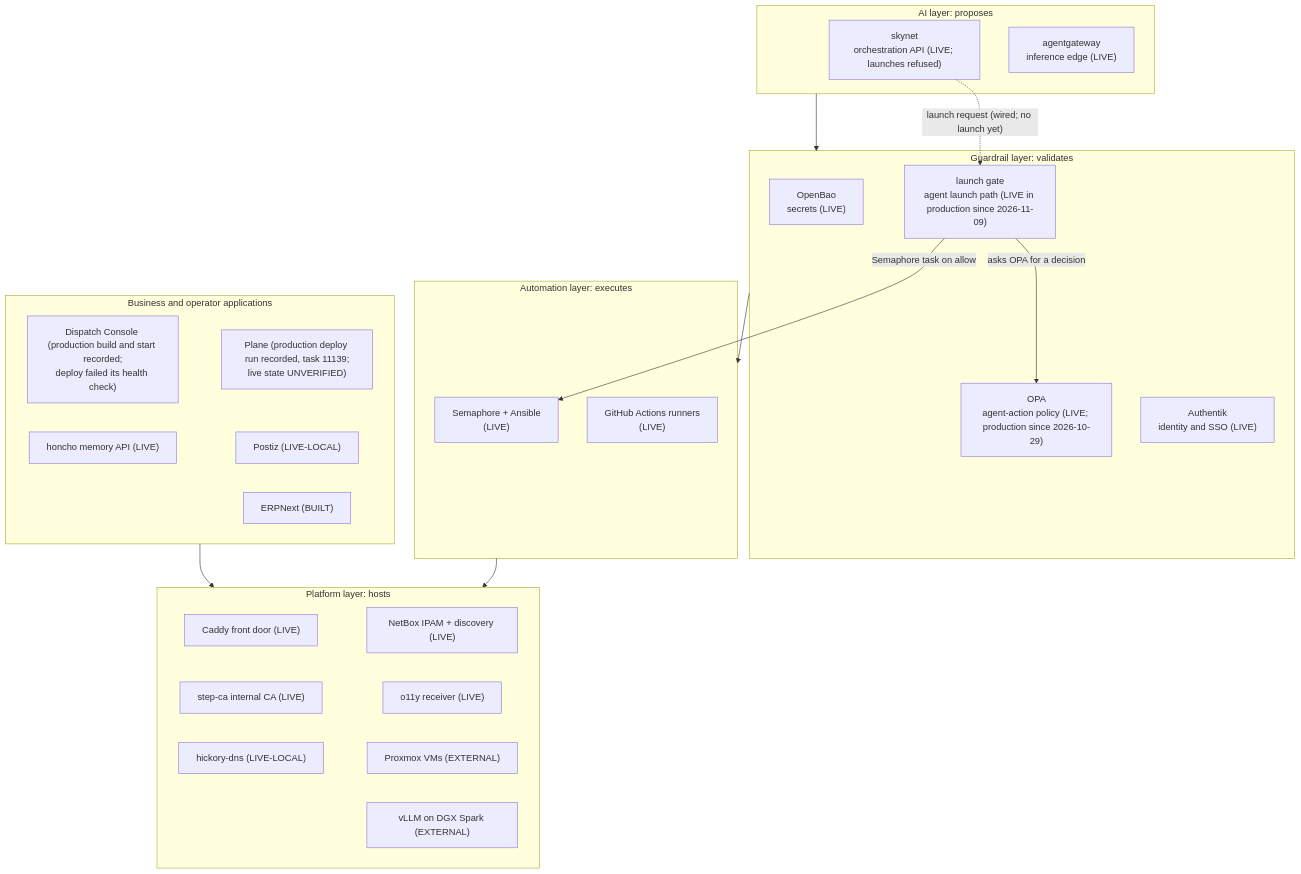
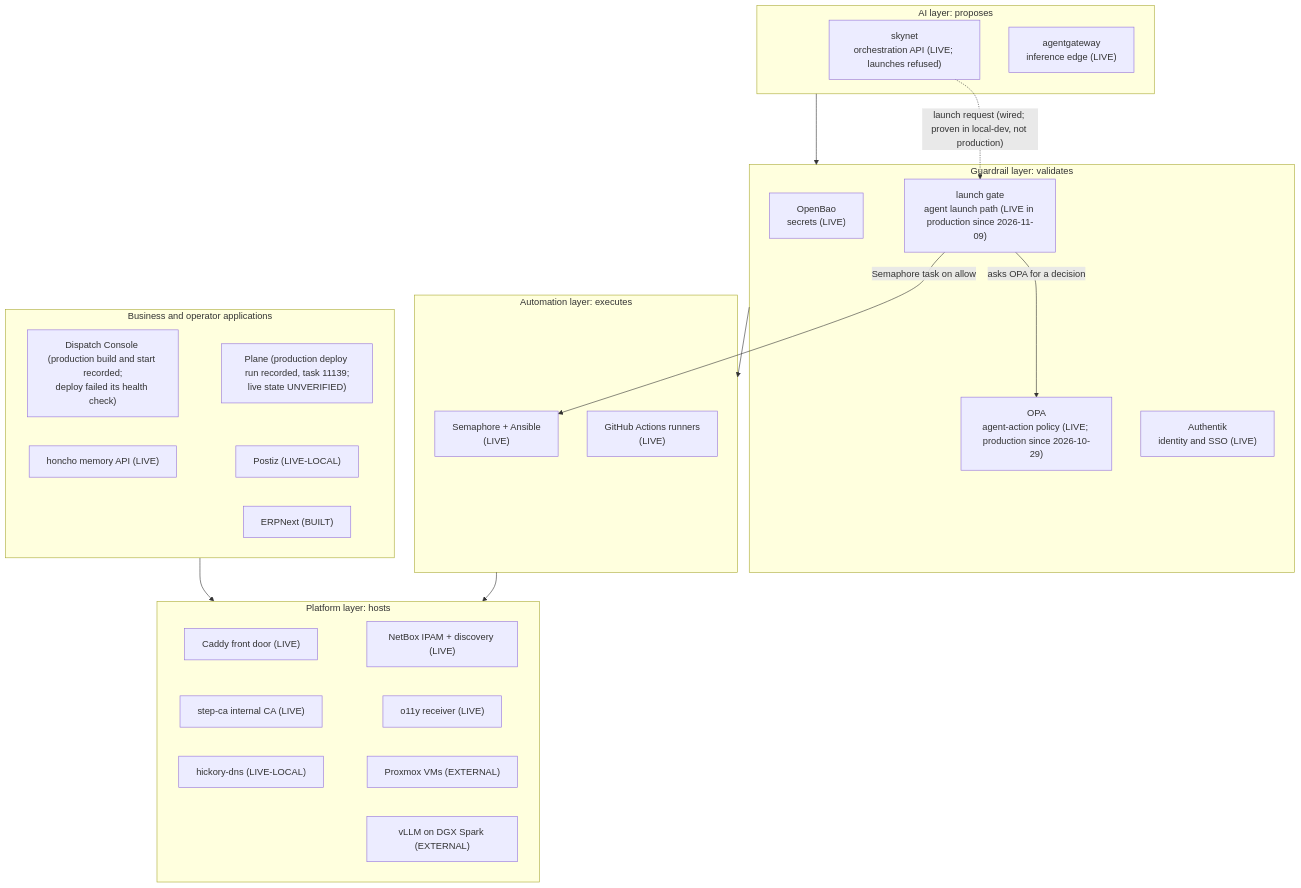
The first of 10 diagrams in plan/architecture/service-architecture.md (uhstray-io/agent-cloud), drawn with Mermaid before and after one commit. The commit also changed other lines of this file and 3 other files, not shown here.

````diff
--- a/plan/architecture/service-architecture.md
+++ b/plan/architecture/service-architecture.md
@@ -79,43 +79,43 @@
 ```mermaid
 flowchart TD
     subgraph AI["AI layer: proposes"]
         SKYNET["skynet<br/>orchestration API (LIVE; launches refused)"]
         AGW["agentgateway<br/>inference edge (LIVE)"]
     end
     subgraph GR["Guardrail layer: validates"]
         BAO["OpenBao<br/>secrets (LIVE)"]
         OPA["OPA<br/>agent-action policy (LIVE; production since 2026-10-29)"]
         AK["Authentik<br/>identity and SSO (LIVE)"]
         LG["launch gate<br/>agent launch path (LIVE in production since 2026-11-09)"]
     end
     subgraph AUTO["Automation layer: executes"]
         SEM["Semaphore + Ansible<br/>(LIVE)"]
         RUNNERS["GitHub Actions runners<br/>(LIVE)"]
     end
     subgraph APPS["Business and operator applications"]
         CONSOLE["Dispatch Console (production build and start recorded;<br/>deploy failed its health check)"]
         HONCHO["honcho memory API (LIVE)"]
         PLANE["Plane (production deploy run recorded, task 11139;<br/>live state UNVERIFIED)"]
         POSTIZ["Postiz (LIVE-LOCAL)"]
         ERP["ERPNext (BUILT)"]
     end
     subgraph PLAT["Platform layer: hosts"]
         CADDY["Caddy front door (LIVE)"]
         CA["step-ca internal CA (LIVE)"]
         DNS["hickory-dns (LIVE-LOCAL)"]
         NB["NetBox IPAM + discovery (LIVE)"]
         O11Y["o11y receiver (LIVE)"]
         PVE["Proxmox VMs (EXTERNAL)"]
         VLLM["vLLM on DGX Spark (EXTERNAL)"]
     end
     CONSOLE ~~~ PLANE
     HONCHO ~~~ POSTIZ
     CADDY ~~~ NB
     CA ~~~ O11Y
     DNS ~~~ PVE
-    SKYNET -.->|"launch request (wired; no launch yet)"| LG
+    SKYNET -.->|"launch request (wired; proven in local-dev, not production)"| LG
     LG -->|"asks OPA for a decision"| OPA
     LG -->|"Semaphore task on allow"| SEM
     AI --> GR --> AUTO --> PLAT
     APPS --> PLAT
 ```
````
